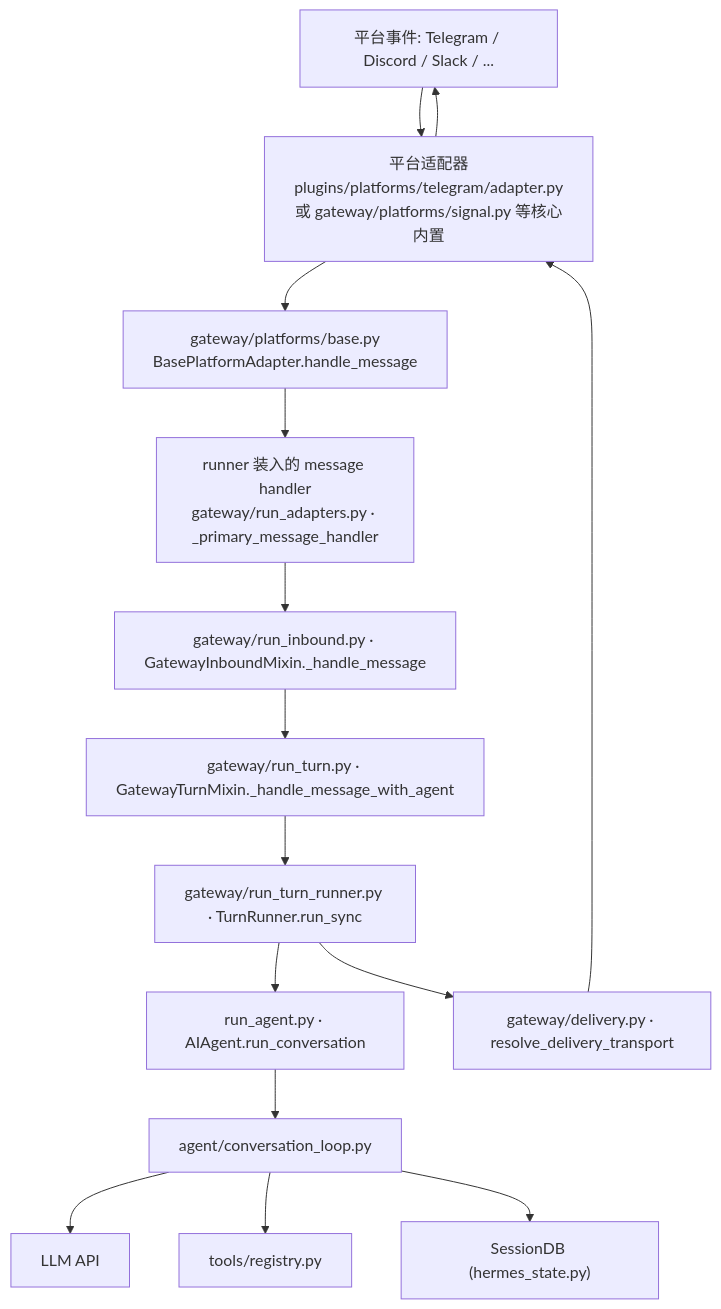
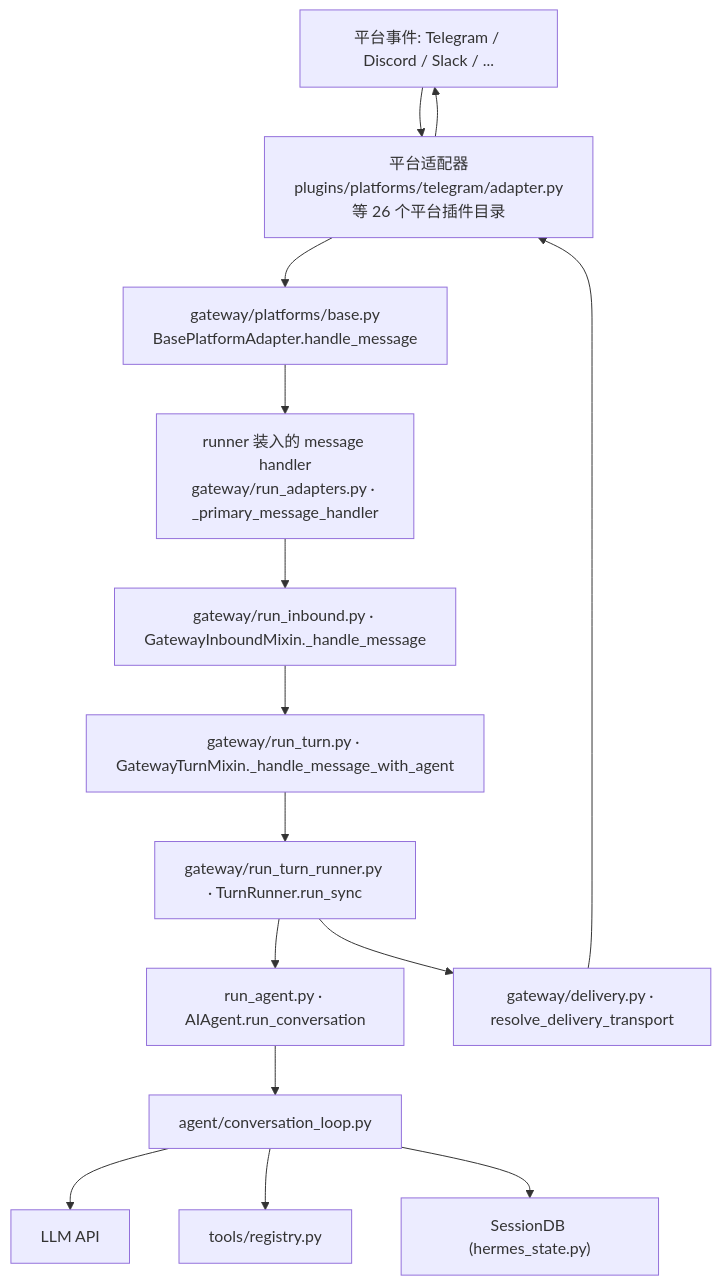
The first of 4 diagrams in docs/sourceReader/05-消息网关与平台适配.md (adrian9778/hermes-agent), drawn with Mermaid before and after one commit. The commit also changed other lines of this file and 1 other file, not shown here.

````diff
--- a/docs/sourceReader/05-消息网关与平台适配.md
+++ b/docs/sourceReader/05-消息网关与平台适配.md
@@ -32,17 +32,17 @@
 ```mermaid
 flowchart TD
-    P[平台事件: Telegram / Discord / Slack / ...] --> AD["平台适配器<br/>plugins/platforms/telegram/adapter.py<br/>或 gateway/platforms/signal.py 等核心内置"]
+    P[平台事件: Telegram / Discord / Slack / ...] --> AD["平台适配器<br/>plugins/platforms/telegram/adapter.py<br/>等 26 个平台插件目录"]
     AD --> BASE["gateway/platforms/base.py<br/>BasePlatformAdapter.handle_message"]
     BASE --> H["runner 装入的 message handler<br/>gateway/run_adapters.py · _primary_message_handler"]
     H --> IN["gateway/run_inbound.py · GatewayInboundMixin._handle_message"]
     IN --> TURN["gateway/run_turn.py · GatewayTurnMixin._handle_message_with_agent"]
     TURN --> TR["gateway/run_turn_runner.py · TurnRunner.run_sync"]
     TR --> AG["run_agent.py · AIAgent.run_conversation"]
     AG --> LOOP["agent/conversation_loop.py"]
     LOOP --> LLM[LLM API]
     LOOP --> TOOLS["tools/registry.py"]
     LOOP --> DB["SessionDB (hermes_state.py)"]
     TR --> DEL["gateway/delivery.py · resolve_delivery_transport"]
     DEL --> AD
     AD --> P
 ```
````
